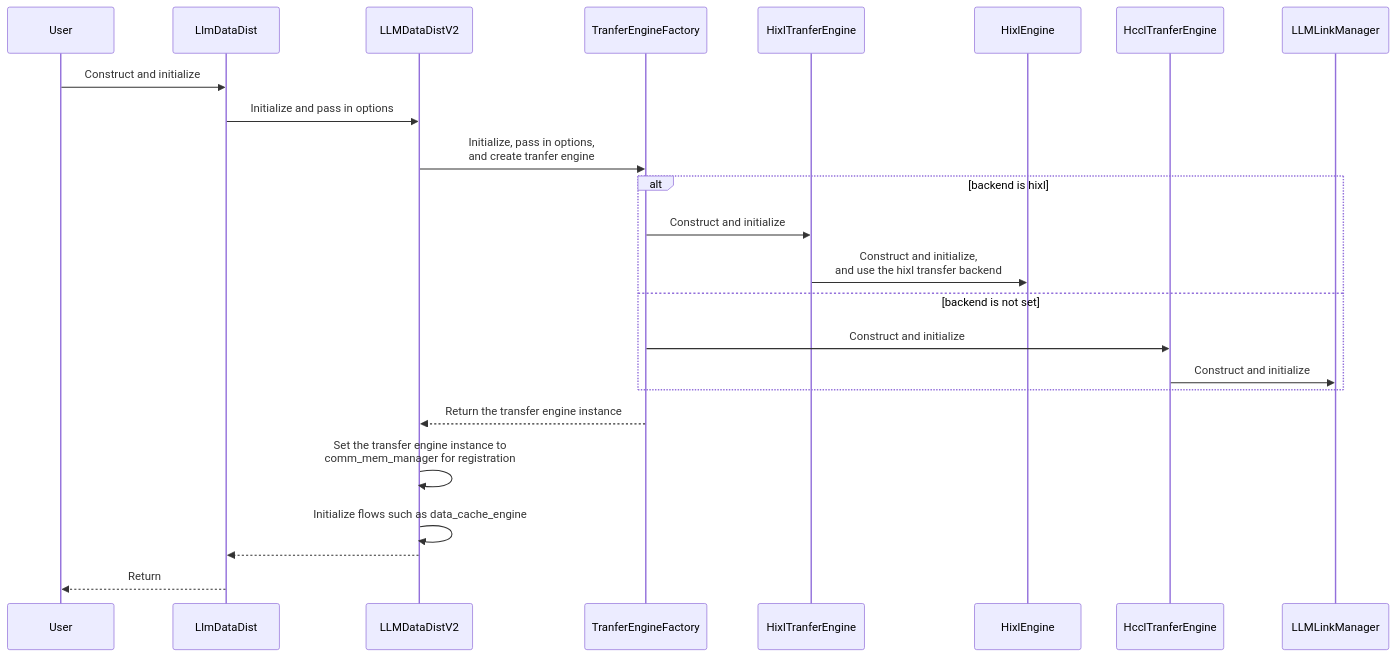
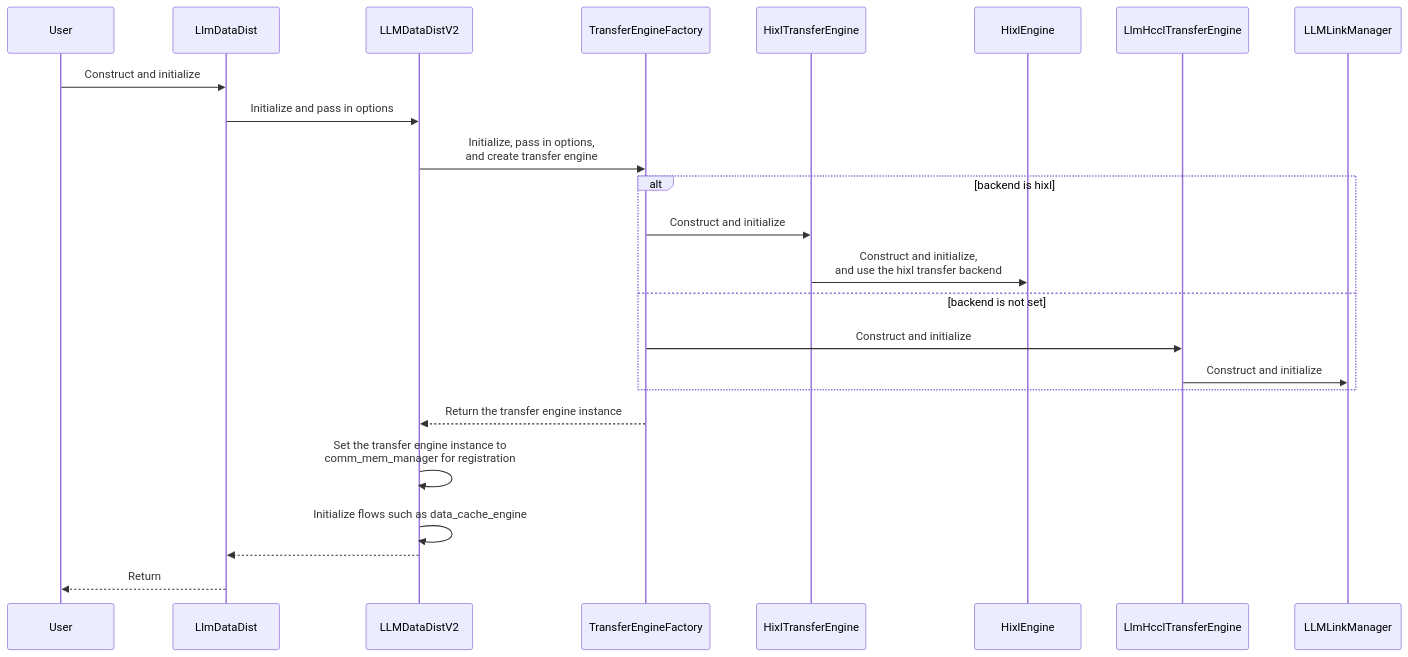
The third of 6 diagrams in docs/en/design/llm-datadist_supporting_the_hixl_transfer_backend.md (hicann/hixl), drawn with Mermaid before and after one commit. The commit also changed other lines of this file and 53 other files, not shown here.

````diff
--- a/docs/en/design/llm-datadist_supporting_the_hixl_transfer_backend.md
+++ b/docs/en/design/llm-datadist_supporting_the_hixl_transfer_backend.md
@@ -220,18 +220,18 @@
 ```mermaid
 sequenceDiagram
   User ->> LlmDataDist: Construct and initialize
   LlmDataDist ->> LLMDataDistV2: Initialize and pass in options
-  LLMDataDistV2 ->> TranferEngineFactory: Initialize, pass in options,<br>and create tranfer engine
+  LLMDataDistV2 ->> TransferEngineFactory: Initialize, pass in options,<br>and create transfer engine
   alt backend is hixl
-    TranferEngineFactory ->> HixlTranferEngine: Construct and initialize
-    HixlTranferEngine ->> HixlEngine: Construct and initialize,<br>and use the hixl transfer backend
+    TransferEngineFactory ->> HixlTransferEngine: Construct and initialize
+    HixlTransferEngine ->> HixlEngine: Construct and initialize,<br>and use the hixl transfer backend
   else backend is not set
-    TranferEngineFactory ->> HcclTranferEngine: Construct and initialize
-    HcclTranferEngine ->> LLMLinkManager: Construct and initialize
+    TransferEngineFactory ->> LlmHcclTransferEngine: Construct and initialize
+    LlmHcclTransferEngine ->> LLMLinkManager: Construct and initialize
   end
-  TranferEngineFactory -->> LLMDataDistV2: Return the transfer engine instance
+  TransferEngineFactory -->> LLMDataDistV2: Return the transfer engine instance
   LLMDataDistV2 ->> LLMDataDistV2: Set the transfer engine instance to<br>comm_mem_manager for registration
   LLMDataDistV2 ->> LLMDataDistV2: Initialize flows such as data_cache_engine
-  LLMDataDistV2 -->> LlmDataDist: 
+  LLMDataDistV2 -->> LlmDataDist:
   LlmDataDist -->> User: Return
 ```
````
